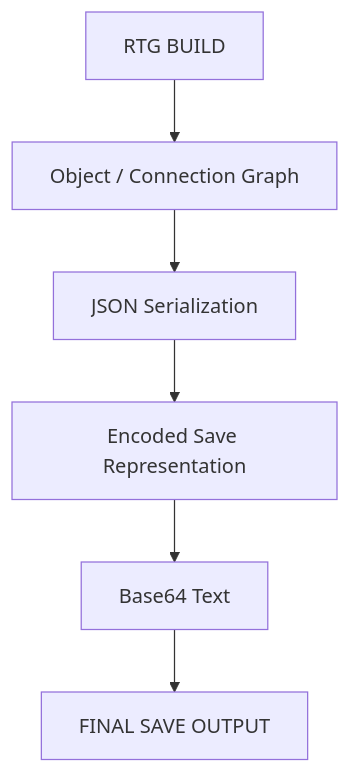
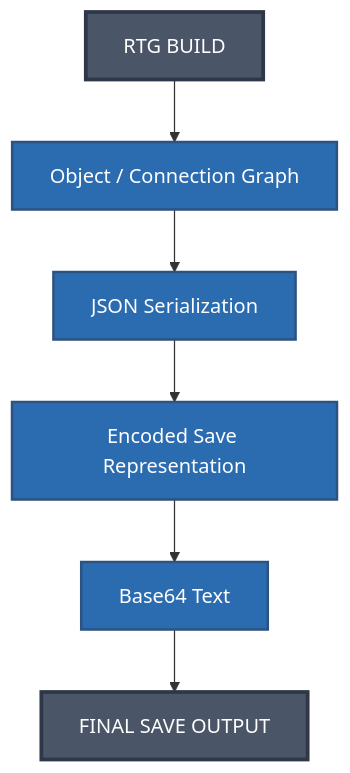
One commit to JuanCrakYT/RtG-Format changed the fifth of 11 diagrams in compression/encoding.md. Above: the diagram before and after it, drawn with Mermaid. The commit also changed other lines of this file and 1 other file, not shown here.

Commit message:
Starting Mermaid

````diff
--- a/compression/encoding.md
+++ b/compression/encoding.md
@@ -356,8 +388,15 @@
 ```mermaid
 flowchart TD
     A["RTG BUILD"] --> B["Object / Connection Graph"]
     B --> C["JSON Serialization"]
     C --> D["Encoded Save Representation"]
     D --> E["Base64 Text"]
     E --> F["FINAL SAVE OUTPUT"]
+
+    classDef root fill:#4a5568,color:#fff,stroke:#2d3748,stroke-width:3px;
+    classDef branch fill:#2b6cb0,color:#fff,stroke:#2c5282,stroke-width:2px;
+    classDef detail fill:#edf2f7,color:#1a202c,stroke:#a0aec0;
+
+    class A,F root;
+    class B,C,D,E branch;
 ```
````
